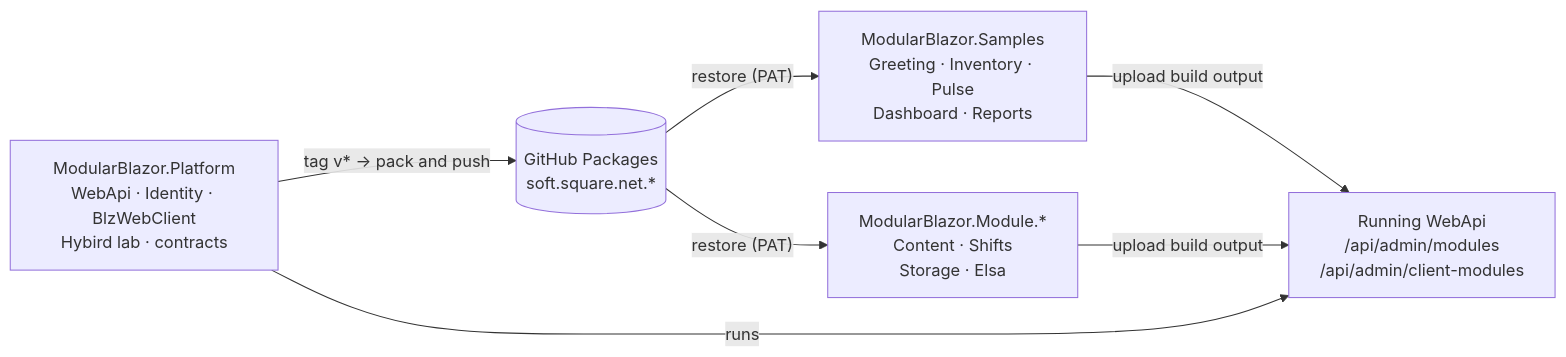
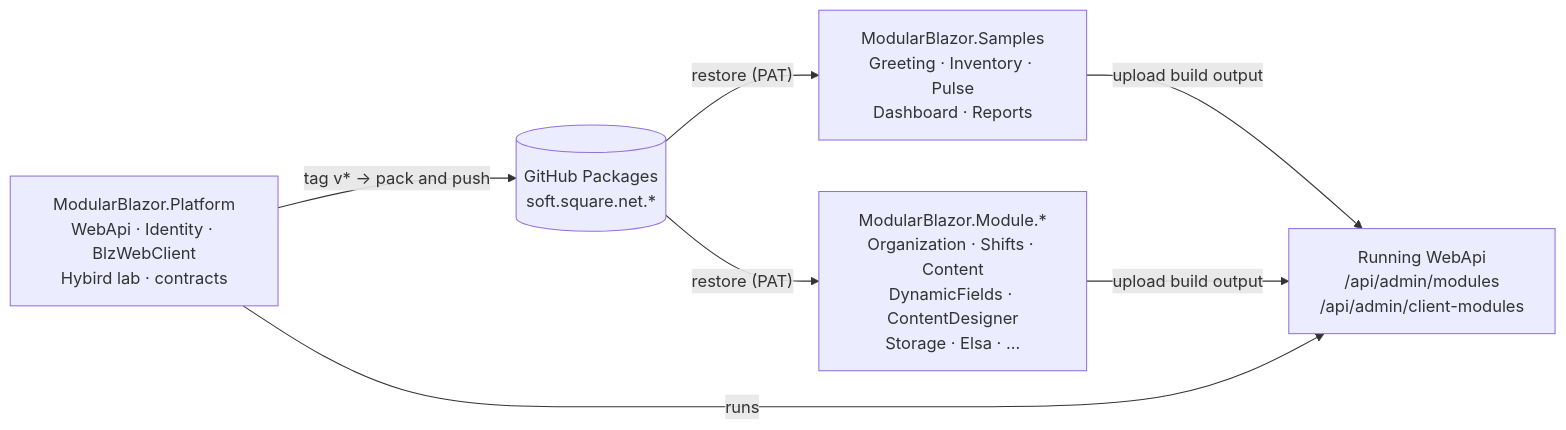
One commit to soft-square-net/ModularBlazor.Platform changed the diagram in docs/astro-modular-blazor-docs/curved-chasm/src/content/docs/ar/backend/repositories.md. Above: the diagram before and after it, drawn with Mermaid. The commit also changed other lines of this file and 31 other files, not shown here.

````diff
--- a/docs/astro-modular-blazor-docs/curved-chasm/src/content/docs/ar/backend/repositories.md
+++ b/docs/astro-modular-blazor-docs/curved-chasm/src/content/docs/ar/backend/repositories.md
@@ -12,14 +12,14 @@
 ```mermaid
 flowchart LR
     P["ModularBlazor.Platform<br/>WebApi · Identity · BlzWebClient<br/>Hybird lab · contracts"]
     F[("GitHub Packages<br/>soft.square.net.*")]
     S["ModularBlazor.Samples<br/>Greeting · Inventory · Pulse<br/>Dashboard · Reports"]
-    M["ModularBlazor.Module.*<br/>Content · Shifts<br/>Storage · Elsa"]
+    M["ModularBlazor.Module.*<br/>Organization · Shifts · Content<br/>DynamicFields · ContentDesigner<br/>Storage · Elsa · ..."]
     W["Running WebApi<br/>/api/admin/modules<br/>/api/admin/client-modules"]
     P -- "tag v* → pack and push" --> F
     F -- "restore (PAT)" --> S
     F -- "restore (PAT)" --> M
     S -- "upload build output" --> W
     M -- "upload build output" --> W
     P -- "runs" --> W
 ```
````
